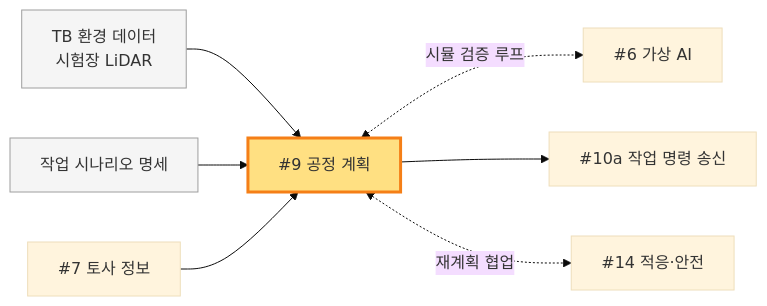
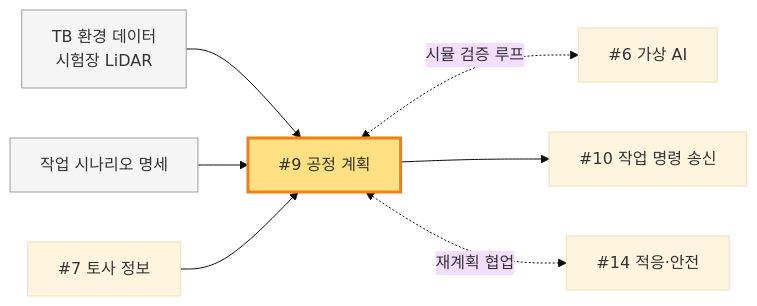
Before and after one commit to rebirther00/report: the ninth of 15 diagrams in 11. DT/항목별_연계_다이어그램_v1.md, drawn with Mermaid (base theme). The commit also changed other lines of this file and 4 other files, not shown here.

````diff
--- a/11. DT/항목별_연계_다이어그램_v1.md
+++ b/11. DT/항목별_연계_다이어그램_v1.md
@@ -207,14 +207,14 @@
 ```mermaid
 graph LR
     EXT1[TB 환경 데이터<br/>시험장 LiDAR] --> X
     EXT2[작업 시나리오 명세] --> X
     I7[#7 토사 정보] --> X
     
     X[#9 공정 계획] <-.시뮬 검증 루프.-> I6[#6 가상 AI]
-    X --> I10a[#10a 작업 명령 송신]
+    X --> I10[#10 작업 명령 송신]
     X <-.재계획 협업.-> I14[#14 적응·안전]
     
     style X fill:#FFE082,stroke:#F57F17,stroke-width:3px
     style EXT1 fill:#F5F5F5,stroke:#9E9E9E
     style EXT2 fill:#F5F5F5,stroke:#9E9E9E
 ```
````
